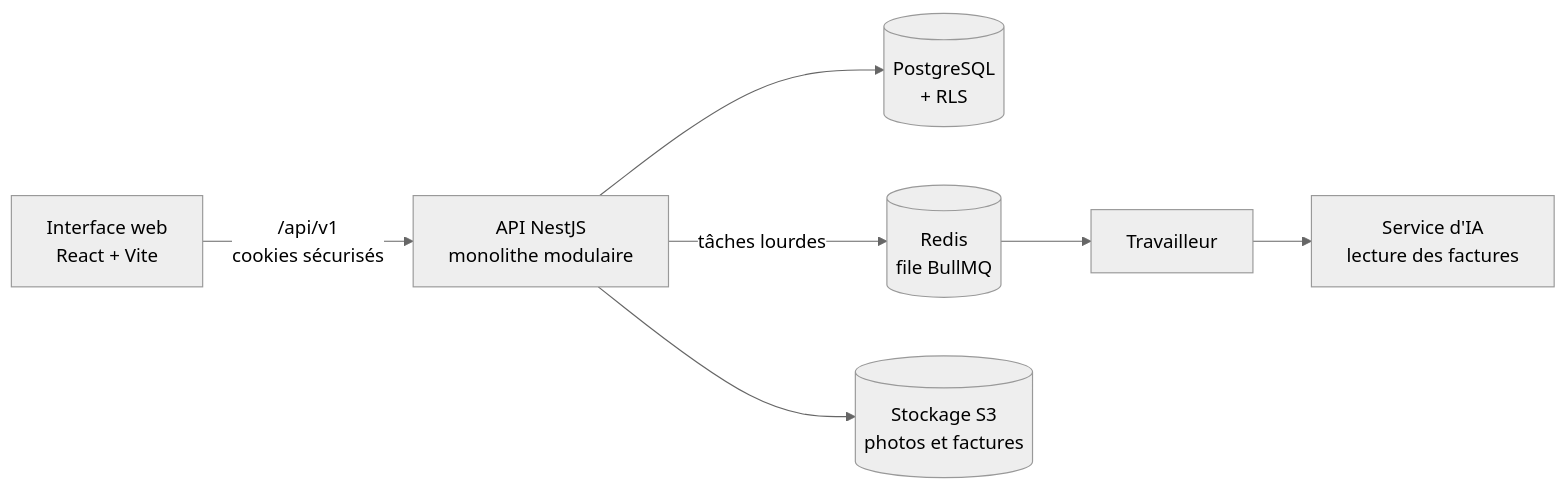
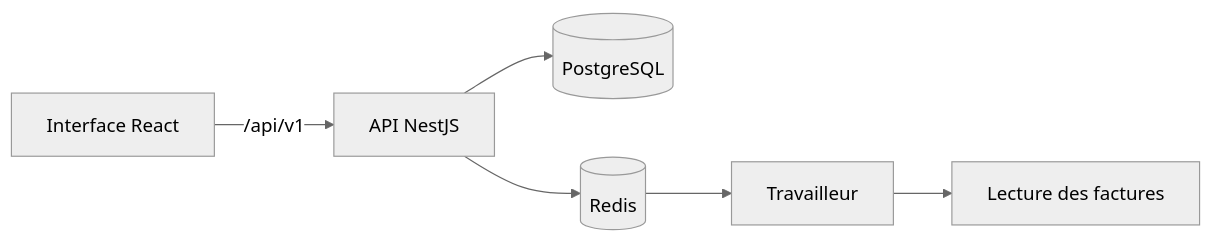
One commit to Rita-light/relnis changed the diagram in README.md. Above: the diagram before and after it, drawn with Mermaid (neutral theme). The commit also changed other lines of this file and 15 other files, not shown here.

````diff
--- a/README.md
+++ b/README.md
@@ -43,9 +41,6 @@
 ```mermaid
 flowchart LR
-  W[Interface web<br/>React + Vite] -->|/api/v1<br/>cookies sécurisés| A[API NestJS<br/>monolithe modulaire]
-  A --> P[(PostgreSQL<br/>+ RLS)]
-  A -->|tâches lourdes| Q[(Redis<br/>file BullMQ)]
-  Q --> T[Travailleur]
-  T --> IA[Service d'IA<br/>lecture des factures]
-  A --> S[(Stockage S3<br/>photos et factures)]
+  W[Interface React] -->|/api/v1| A[API NestJS]
+  A --> P[(PostgreSQL)]
+  A --> Q[(Redis)] --> T[Travailleur] --> IA[Lecture des factures]
 ```
````
